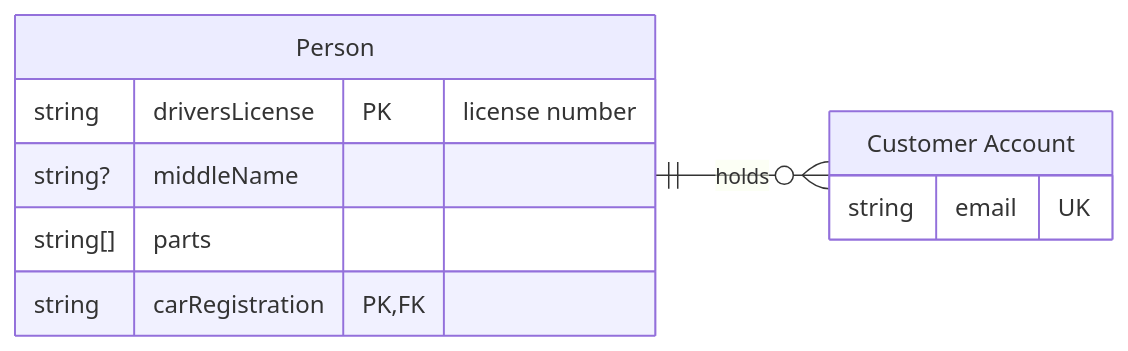
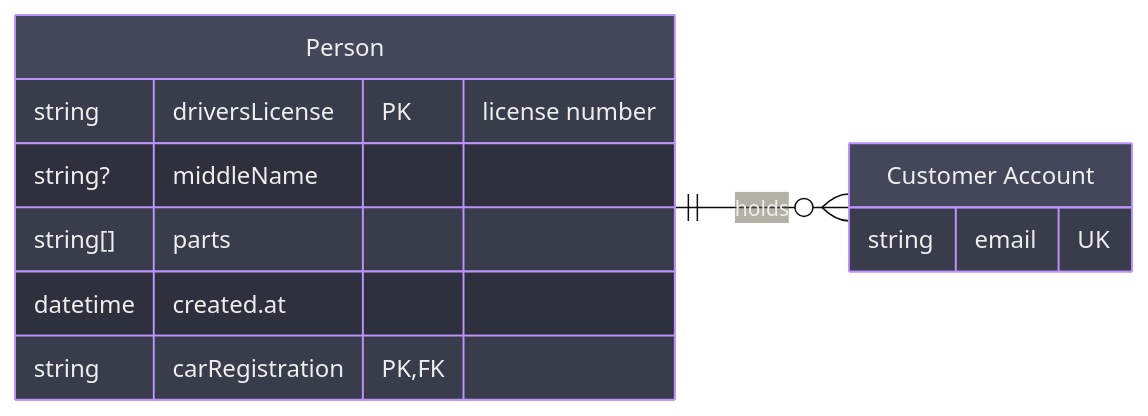
One commit to bsamiee/Rasm changed the fifth of 5 diagrams in .claude/skills/mermaid-diagramming/references/syntax-core.md. Above: the diagram before and after it, drawn with Mermaid. The commit also changed other lines of this file and 55 other files, not shown here.

````diff
--- a/.claude/skills/mermaid-diagramming/references/syntax-core.md
+++ b/.claude/skills/mermaid-diagramming/references/syntax-core.md
@@ -135,14 +167,27 @@
 ```mermaid
+---
+config:
+  theme: base
+  themeVariables:
+    darkMode: true
+    primaryColor: "#44475A"
+    primaryBorderColor: "#BD93F9"
+    relationColor: "#FF79C6"
+    textColor: "#F8F8F2"
+    attributeBackgroundColorOdd: "#282A36"
+    attributeBackgroundColorEven: "#21222C"
+---
 erDiagram
     direction LR
     p["Person"] {
         string driversLicense PK "license number"
         string? middleName
         string[] parts
+        datetime `created.at`
         string carRegistration PK, FK
     }
     a["Customer Account"] {
         string email UK
     }
     p only one to zero or more a : holds
 ```
````
